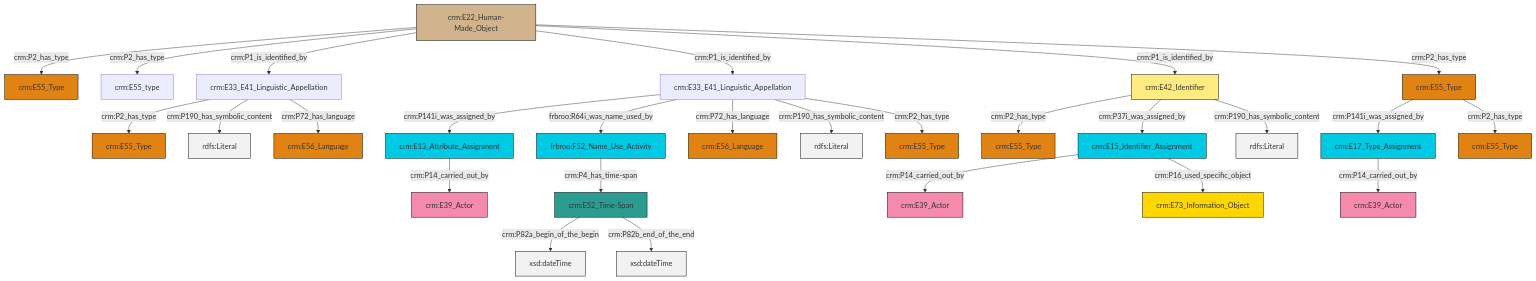
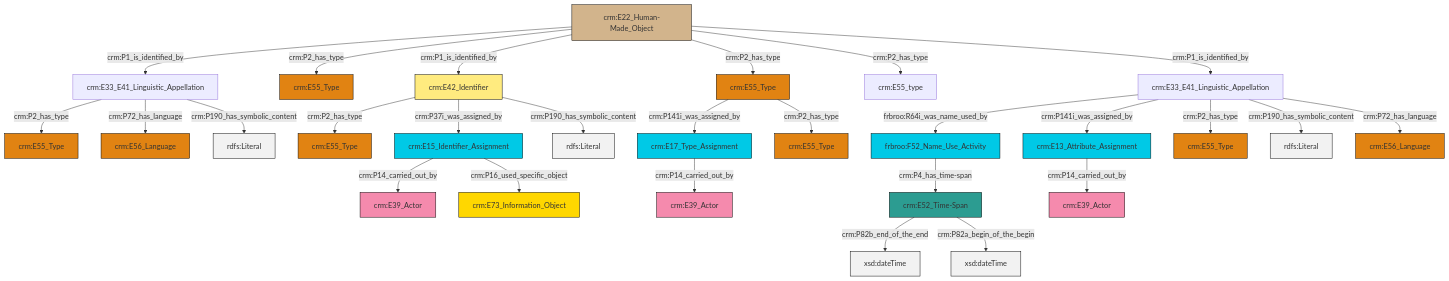
One commit to swiss-art-research-net/reference-data-models changed the diagram in et/builtWorkCSV/ttl/mmd/Built_Work_Names.ttl.mmd. Above: the diagram before and after it, drawn with Mermaid. The commit also changed 128 other files, not shown here.

```diff
--- a/et/builtWorkCSV/ttl/mmd/Built_Work_Names.ttl.mmd
+++ b/et/builtWorkCSV/ttl/mmd/Built_Work_Names.ttl.mmd
@@ -1,41 +1,41 @@
 graph TD
 classDef Literal fill:#f2f2f2,stroke:#000000;
 classDef CRM_Entity fill:#FFFFFF,stroke:#000000;
 classDef Temporal_Entity fill:#00C9E6, stroke:#000000;
 classDef Type fill:#E18312, stroke:#000000;
 classDef Time-Span fill:#2C9C91, stroke:#000000;
 classDef Appellation fill:#FFEB7F, stroke:#000000;
 classDef Place fill:#008836, stroke:#000000;
 classDef Persistent_Item fill:#B266B2, stroke:#000000;
 classDef Conceptual_Object fill:#FFD700, stroke:#000000;
 classDef Physical_Thing fill:#D2B48C, stroke:#000000;
 classDef Actor fill:#f58aad, stroke:#000000;
 classDef PC_Classes fill:#4ce600, stroke:#000000;
 classDef Multi fill:#cccccc,stroke:#000000;
 
-2["crm:E33_E41_Linguistic_Appellation"]:::Default -->|crm:P2_has_type| 0["crm:E55_Type"]:::Type
-11["crm:E15_Identifier_Assignment"]:::Temporal_Entity -->|crm:P14_carried_out_by| 7["crm:E39_Actor"]:::Actor
-15["crm:E55_Type"]:::Type -->|crm:P141i_was_assigned_by| 16["crm:E17_Type_Assignment"]:::Temporal_Entity
-19["crm:E42_Identifier"]:::Appellation -->|crm:P2_has_type| 20["crm:E55_Type"]:::Type
-21["frbroo:F52_Name_Use_Activity"]:::Temporal_Entity -->|crm:P4_has_time-span| 22["crm:E52_Time-Span"]:::Time-Span
-23["crm:E33_E41_Linguistic_Appellation"]:::Default -->|crm:P141i_was_assigned_by| 24["crm:E13_Attribute_Assignment"]:::Temporal_Entity
-23["crm:E33_E41_Linguistic_Appellation"]:::Default -->|frbroo:R64i_was_name_used_by| 21["frbroo:F52_Name_Use_Activity"]:::Temporal_Entity
-9["crm:E22_Human-Made_Object"]:::Physical_Thing -->|crm:P2_has_type| 29["crm:E55_Type"]:::Type
-9["crm:E22_Human-Made_Object"]:::Physical_Thing -->|crm:P2_has_type| 5["crm:E55_type"]:::Default
-16["crm:E17_Type_Assignment"]:::Temporal_Entity -->|crm:P14_carried_out_by| 3["crm:E39_Actor"]:::Actor
-19["crm:E42_Identifier"]:::Appellation -->|crm:P37i_was_assigned_by| 11["crm:E15_Identifier_Assignment"]:::Temporal_Entity
-9["crm:E22_Human-Made_Object"]:::Physical_Thing -->|crm:P1_is_identified_by| 2["crm:E33_E41_Linguistic_Appellation"]:::Default
-23["crm:E33_E41_Linguistic_Appellation"]:::Default -->|crm:P72_has_language| 13["crm:E56_Language"]:::Type
-19["crm:E42_Identifier"]:::Appellation -->|crm:P190_has_symbolic_content| 36[rdfs:Literal]:::Literal
-11["crm:E15_Identifier_Assignment"]:::Temporal_Entity -->|crm:P16_used_specific_object| 37["crm:E73_Information_Object"]:::Conceptual_Object
-2["crm:E33_E41_Linguistic_Appellation"]:::Default -->|crm:P190_has_symbolic_content| 38[rdfs:Literal]:::Literal
-9["crm:E22_Human-Made_Object"]:::Physical_Thing -->|crm:P1_is_identified_by| 23["crm:E33_E41_Linguistic_Appellation"]:::Default
-24["crm:E13_Attribute_Assignment"]:::Temporal_Entity -->|crm:P14_carried_out_by| 26["crm:E39_Actor"]:::Actor
-22["crm:E52_Time-Span"]:::Time-Span -->|crm:P82a_begin_of_the_begin| 41[xsd:dateTime]:::Literal
-22["crm:E52_Time-Span"]:::Time-Span -->|crm:P82b_end_of_the_end| 42[xsd:dateTime]:::Literal
-9["crm:E22_Human-Made_Object"]:::Physical_Thing -->|crm:P1_is_identified_by| 19["crm:E42_Identifier"]:::Appellation
-9["crm:E22_Human-Made_Object"]:::Physical_Thing -->|crm:P2_has_type| 15["crm:E55_Type"]:::Type
-15["crm:E55_Type"]:::Type -->|crm:P2_has_type| 30["crm:E55_Type"]:::Type
-23["crm:E33_E41_Linguistic_Appellation"]:::Default -->|crm:P190_has_symbolic_content| 47[rdfs:Literal]:::Literal
-2["crm:E33_E41_Linguistic_Appellation"]:::Default -->|crm:P72_has_language| 17["crm:E56_Language"]:::Type
-23["crm:E33_E41_Linguistic_Appellation"]:::Default -->|crm:P2_has_type| 39["crm:E55_Type"]:::Type
+0["crm:E55_Type"]:::Type -->|crm:P141i_was_assigned_by| 1["crm:E17_Type_Assignment"]:::Temporal_Entity
+0["crm:E55_Type"]:::Type -->|crm:P2_has_type| 2["crm:E55_Type"]:::Type
+7["frbroo:F52_Name_Use_Activity"]:::Temporal_Entity -->|crm:P4_has_time-span| 8["crm:E52_Time-Span"]:::Time-Span
+9["crm:E22_Human-Made_Object"]:::Physical_Thing -->|crm:P1_is_identified_by| 10["crm:E33_E41_Linguistic_Appellation"]:::Default
+13["crm:E33_E41_Linguistic_Appellation"]:::Default -->|frbroo:R64i_was_name_used_by| 7["frbroo:F52_Name_Use_Activity"]:::Temporal_Entity
+14["crm:E13_Attribute_Assignment"]:::Temporal_Entity -->|crm:P14_carried_out_by| 15["crm:E39_Actor"]:::Actor
+8["crm:E52_Time-Span"]:::Time-Span -->|crm:P82b_end_of_the_end| 17[xsd:dateTime]:::Literal
+9["crm:E22_Human-Made_Object"]:::Physical_Thing -->|crm:P2_has_type| 18["crm:E55_Type"]:::Type
+13["crm:E33_E41_Linguistic_Appellation"]:::Default -->|crm:P141i_was_assigned_by| 14["crm:E13_Attribute_Assignment"]:::Temporal_Entity
+22["crm:E42_Identifier"]:::Appellation -->|crm:P2_has_type| 23["crm:E55_Type"]:::Type
+10["crm:E33_E41_Linguistic_Appellation"]:::Default -->|crm:P2_has_type| 5["crm:E55_Type"]:::Type
+9["crm:E22_Human-Made_Object"]:::Physical_Thing -->|crm:P1_is_identified_by| 22["crm:E42_Identifier"]:::Appellation
+9["crm:E22_Human-Made_Object"]:::Physical_Thing -->|crm:P2_has_type| 0["crm:E55_Type"]:::Type
+9["crm:E22_Human-Made_Object"]:::Physical_Thing -->|crm:P2_has_type| 25["crm:E55_type"]:::Default
+13["crm:E33_E41_Linguistic_Appellation"]:::Default -->|crm:P2_has_type| 3["crm:E55_Type"]:::Type
+10["crm:E33_E41_Linguistic_Appellation"]:::Default -->|crm:P72_has_language| 11["crm:E56_Language"]:::Type
+8["crm:E52_Time-Span"]:::Time-Span -->|crm:P82a_begin_of_the_begin| 31[xsd:dateTime]:::Literal
+34["crm:E15_Identifier_Assignment"]:::Temporal_Entity -->|crm:P14_carried_out_by| 27["crm:E39_Actor"]:::Actor
+34["crm:E15_Identifier_Assignment"]:::Temporal_Entity -->|crm:P16_used_specific_object| 20["crm:E73_Information_Object"]:::Conceptual_Object
+10["crm:E33_E41_Linguistic_Appellation"]:::Default -->|crm:P190_has_symbolic_content| 44[rdfs:Literal]:::Literal
+22["crm:E42_Identifier"]:::Appellation -->|crm:P37i_was_assigned_by| 34["crm:E15_Identifier_Assignment"]:::Temporal_Entity
+22["crm:E42_Identifier"]:::Appellation -->|crm:P190_has_symbolic_content| 48[rdfs:Literal]:::Literal
+13["crm:E33_E41_Linguistic_Appellation"]:::Default -->|crm:P190_has_symbolic_content| 49[rdfs:Literal]:::Literal
+1["crm:E17_Type_Assignment"]:::Temporal_Entity -->|crm:P14_carried_out_by| 37["crm:E39_Actor"]:::Actor
+9["crm:E22_Human-Made_Object"]:::Physical_Thing -->|crm:P1_is_identified_by| 13["crm:E33_E41_Linguistic_Appellation"]:::Default
+13["crm:E33_E41_Linguistic_Appellation"]:::Default -->|crm:P72_has_language| 40["crm:E56_Language"]:::Type
```
